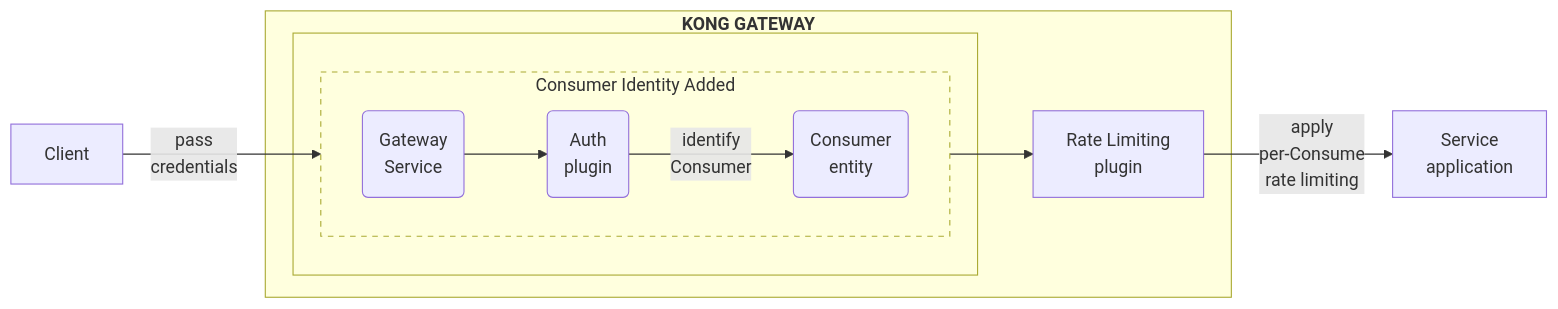
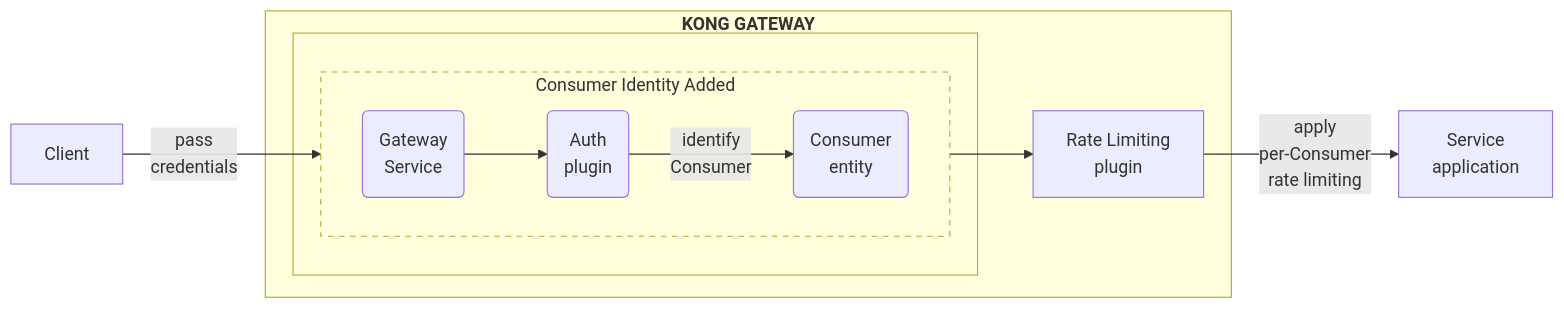
The diagram in app/_gateway_entities/consumer.md (Kong/developer.konghq.com), drawn with Mermaid before and after one commit. The commit also changed other lines of this file and 1 other file, not shown here.

```diff
--- a/app/_gateway_entities/consumer.md
+++ b/app/_gateway_entities/consumer.md
@@ -96,37 +96,37 @@
 {% mermaid %}
 flowchart LR
 
 Consumer(Consumer 
 entity)
 Service(Gateway 
 Service)
 Auth(Auth
 plugin)
 Upstream[Service 
 application]
 RL["Rate Limiting 
 plugin"]
 
 Client --pass
 credentials--> Service
 subgraph id1 ["`**KONG GATEWAY**`"]
     subgraph padding[ ]
 
 subgraph Authenticate ["Consumer Identity Added"]
     direction LR
     Service --> Auth
     Auth--identify 
     Consumer-->Consumer
     end
 end
 
 Consumer--> RL
 end
 RL --apply 
-per-Consume
+per-Consumer
 rate limiting--> Upstream
 
 style Authenticate stroke-dasharray: 5 5
 style padding stroke:none!important,fill:none!important
 
 {% endmermaid %}
```
